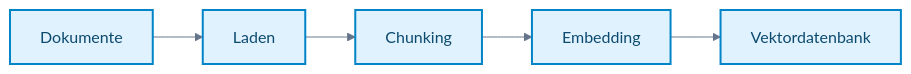
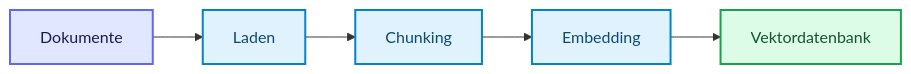
Before and after one commit to ralf-42/GenAI: the first of 2 diagrams in docs/05-prompting-rag/rag-konzepte.md, drawn with Mermaid. The commit also changed other lines of this file and 50 other files, not shown here.

````diff
--- a/docs/05-prompting-rag/rag-konzepte.md
+++ b/docs/05-prompting-rag/rag-konzepte.md
@@ -64,27 +64,16 @@
 ```mermaid
----
-config:
-  theme: base
-  look: classic
-  themeVariables:
-    primaryColor: '#e0f2fe'
-    primaryBorderColor: '#0284c7'
-    primaryTextColor: '#1e293b'
-    lineColor: '#64748b'
-    clusterBkg: '#f8fafc'
-    clusterBorder: '#cbd5e1'
-    noteBkgColor: '#fef3c7'
-    noteBorderColor: '#d97706'
-    noteTextColor: '#78350f'
-    edgeLabelBackground: '#ffffff'
----
-
 flowchart LR
     A[Dokumente] --> B[Laden]
     B --> C[Chunking]
     C --> D[Embedding]
     D --> E[Vektordatenbank]
 
 %% Funktionsfarben nach Mermaid_Best_Practices.md
-classDef default fill:#e0f2fe,stroke:#0284c7,stroke-width:2px,color:#0c4a6e;
+
+    classDef default fill:#e0f2fe,stroke:#0284c7,stroke-width:2px,color:#0c4a6e;
+    classDef input fill:#e0e7ff,stroke:#6366f1,stroke-width:2px,color:#1e1b4b;
+    classDef output fill:#dcfce7,stroke:#16a34a,stroke-width:2px,color:#14532d;
+
+    class A input;
+    class E output;
 ```
````
